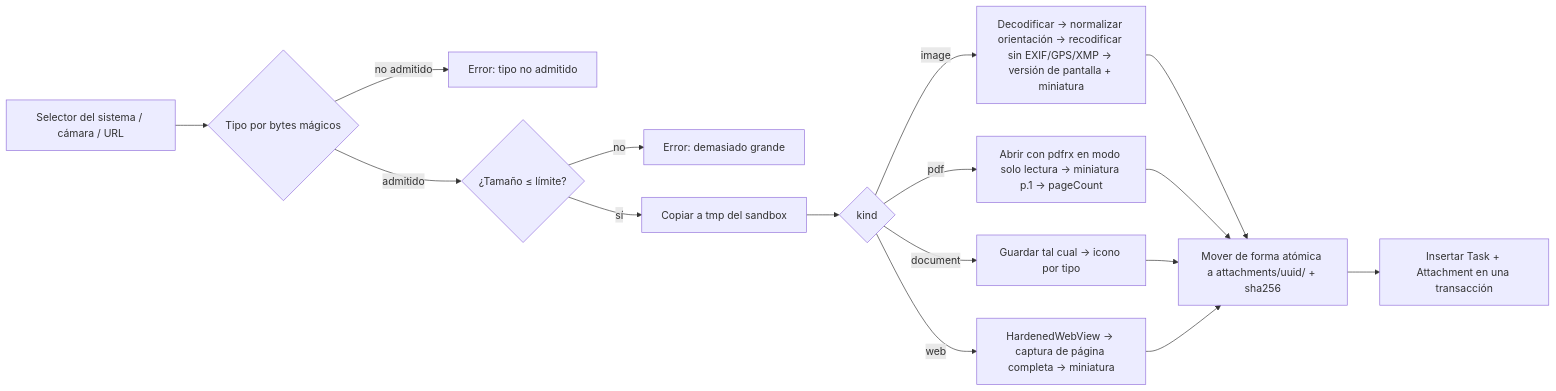
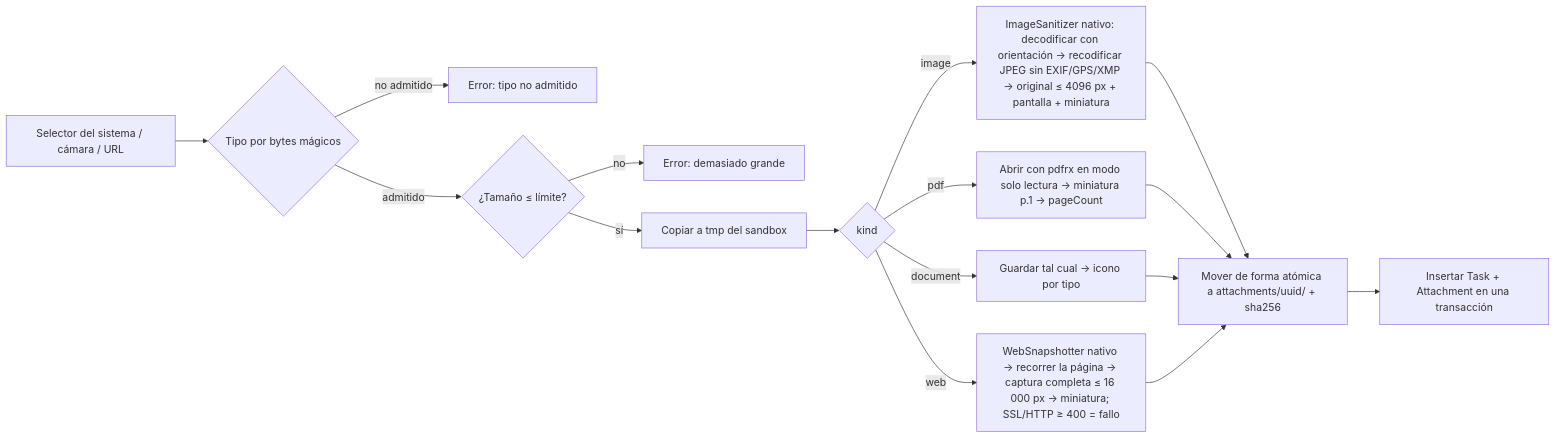
One commit to svallev/una changed the fourth of 4 diagrams in docs/architecture.md. Above: the diagram before and after it, drawn with Mermaid. The commit also changed other lines of this file and 20 other files, not shown here.

````diff
--- a/docs/architecture.md
+++ b/docs/architecture.md
@@ -159,15 +159,15 @@
 ```mermaid
 flowchart LR
   A[Selector del sistema / cámara / URL] --> B{Tipo por bytes mágicos}
   B -- no admitido --> X[Error: tipo no admitido]
   B -- admitido --> C{¿Tamaño ≤ límite?}
   C -- no --> Y[Error: demasiado grande]
   C -- sí --> D[Copiar a tmp del sandbox]
   D --> E{kind}
-  E -- image --> F[Decodificar → normalizar orientación → recodificar sin EXIF/GPS/XMP → versión de pantalla + miniatura]
+  E -- image --> F[ImageSanitizer nativo: decodificar con orientación → recodificar JPEG sin EXIF/GPS/XMP → original ≤ 4096 px + pantalla + miniatura]
   E -- pdf --> G[Abrir con pdfrx en modo solo lectura → miniatura p.1 → pageCount]
   E -- document --> H[Guardar tal cual → icono por tipo]
-  E -- web --> I[HardenedWebView → captura de página completa → miniatura]
+  E -- web --> I[WebSnapshotter nativo → recorrer la página → captura completa ≤ 16 000 px → miniatura; SSL/HTTP ≥ 400 = fallo]
   F & G & H & I --> J[Mover de forma atómica a attachments/uuid/ + sha256]
   J --> K[Insertar Task + Attachment en una transacción]
 ```
````
